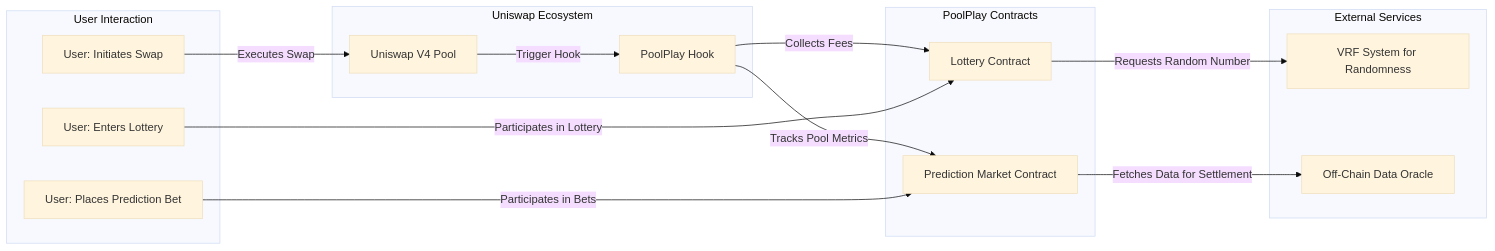
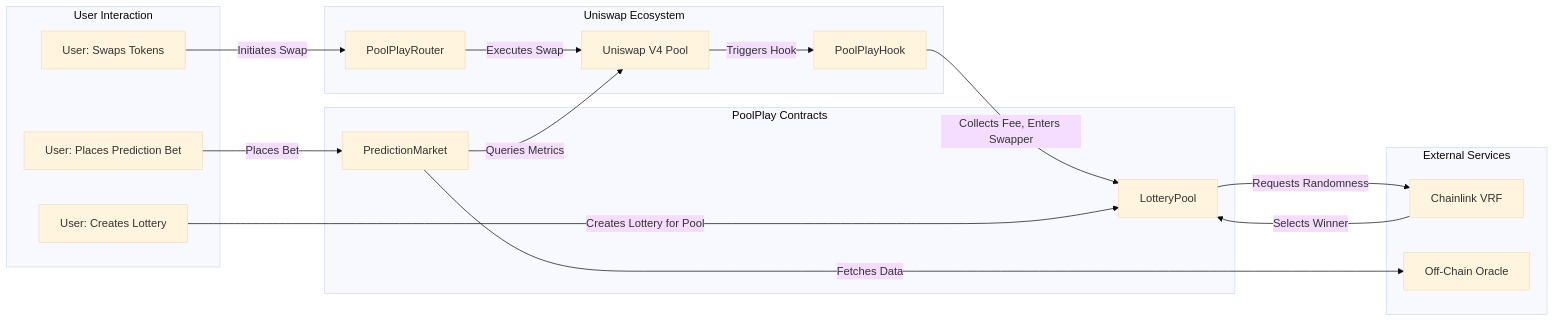
Before and after one commit to Signor1/poolplay: the diagram in README.md, drawn with Mermaid (base theme). The commit also changed other lines of this file and 15 other files, not shown here.

````diff
--- a/README.md
+++ b/README.md
@@ -44,32 +50,35 @@
 ```mermaid
 flowchart LR
     subgraph A[User Interaction]
-      U1[User: Initiates Swap]
-      U2[User: Enters Lottery]
+      U1[User: Swaps Tokens]
+      U2[User: Creates Lottery]
       U3[User: Places Prediction Bet]
     end
 
     subgraph B[Uniswap Ecosystem]
       UNI[Uniswap V4 Pool]
-      H[PoolPlay Hook]
+      H[PoolPlayHook]
+      R[PoolPlayRouter]
     end
 
     subgraph C[PoolPlay Contracts]
-      L[Lottery Contract]
-      P[Prediction Market Contract]
+      L[LotteryPool]
+      P[PredictionMarket]
     end
 
     subgraph D[External Services]
-      VRF[VRF System for Randomness]
-      ORACLE[Off-Chain Data Oracle]
+      VRF[Chainlink VRF]
+      ORACLE[Off-Chain Oracle]
     end
 
-    U1 -->|Executes Swap| UNI
-    UNI -->|Trigger Hook| H
-    H -->|Collects Fees| L
-    H -->|Tracks Pool Metrics| P
-    U2 -->|Participates in Lottery| L
-    U3 -->|Participates in Bets| P
-    L -->|Requests Random Number| VRF
-    P -->|Fetches Data for Settlement| ORACLE
+    U1 -->|Initiates Swap| R
+    R -->|Executes Swap| UNI
+    UNI -->|Triggers Hook| H
+    H -->|Collects Fee, Enters Swapper| L
+    U2 -->|Creates Lottery for Pool| L
+    L -->|Requests Randomness| VRF
+    VRF -->|Selects Winner| L
+    U3 -->|Places Bet| P
+    P -->|Queries Metrics| UNI
+    P -->|Fetches Data| ORACLE
 ```
````
